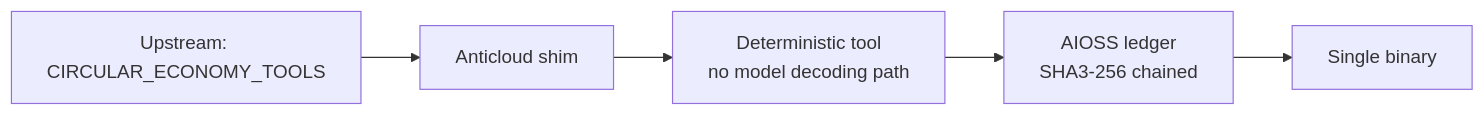
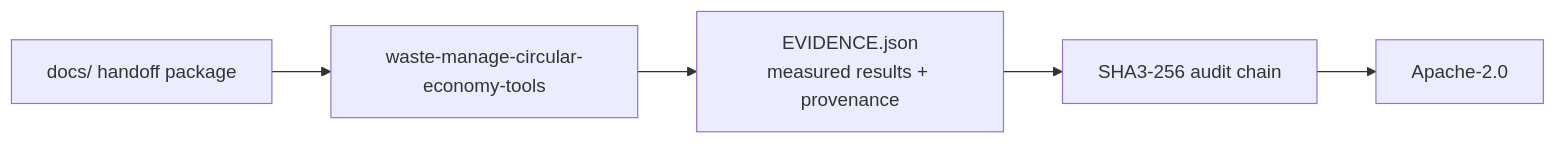
Before and after one commit to the-anticloud/waste-manage-circular-economy-tools: the diagram in README.md, drawn with Mermaid. The commit also changed other lines of this file and 8 other files, not shown here.

````diff
--- a/README.md
+++ b/README.md
@@ -11,7 +22,7 @@
 ```mermaid
 graph LR
-    U[Upstream: CIRCULAR_ECONOMY_TOOLS] --> S[Anticloud shim]
-    S --> T[Deterministic tool<br/>no model decoding path]
-    T --> A[AIOSS ledger<br/>SHA3-256 chained]
-    A --> B[Single binary]
+    D[docs/ handoff package] --> R[waste-manage-circular-economy-tools]
+    R --> E[EVIDENCE.json\nmeasured results + provenance]
+    E --> A[SHA3-256 audit chain]
+    A --> L[Apache-2.0]
 ```
````
